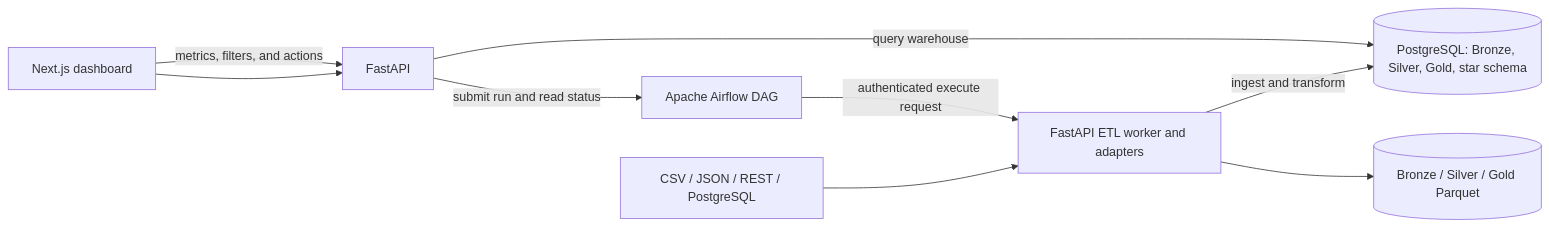
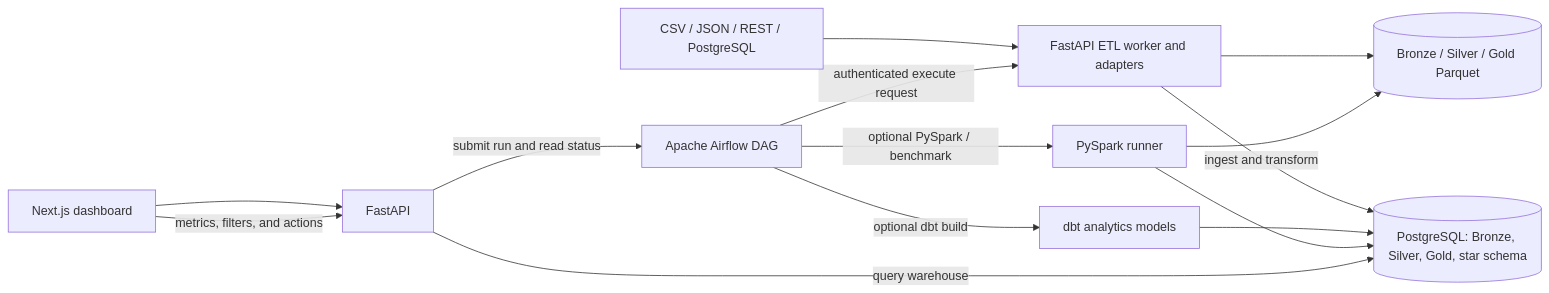
Before and after one commit to Sajini3655/DataFlow360: the diagram in README.md, drawn with Mermaid. The commit also changed other lines of this file and 71 other files, not shown here.

````diff
--- a/README.md
+++ b/README.md
@@ -16,11 +17,16 @@
 ```mermaid
 flowchart LR
     Sources[CSV / JSON / REST / PostgreSQL] --> Worker[FastAPI ETL worker and adapters]
     UI[Next.js dashboard] --> API[FastAPI]
     API -->|submit run and read status| Airflow
     Airflow[Apache Airflow DAG] -->|authenticated execute request| Worker
+    Airflow -->|optional dbt build| DBT[dbt analytics models]
+    Airflow -->|optional PySpark / benchmark| Spark[PySpark runner]
     Worker -->|ingest and transform| Warehouse[(PostgreSQL: Bronze, Silver, Gold, star schema)]
     Worker --> Parquet[(Bronze / Silver / Gold Parquet)]
+    DBT --> Warehouse
+    Spark --> Parquet
+    Spark --> Warehouse
     API -->|query warehouse| Warehouse
     UI -->|metrics, filters, and actions| API
 ```
````
